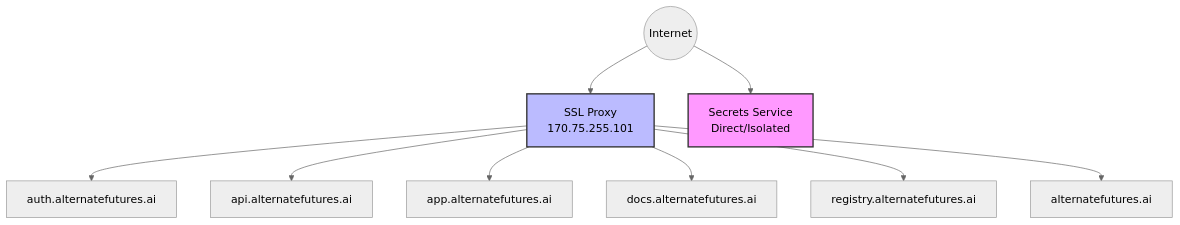
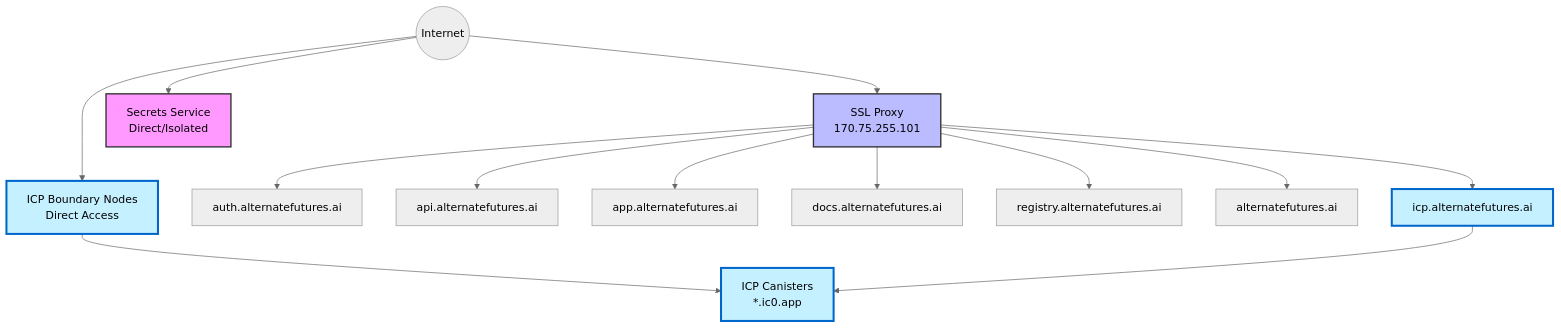
The sixth of 18 diagrams in TECHNICAL_ARCHITECTURE.md (alternatefutures/.github), drawn with Mermaid (neutral theme) before and after one commit. The commit also changed other lines of this file, not shown here.

First line of the commit message:
feat: integrate Internet Computer (ICP) into architecture

````diff
--- a/TECHNICAL_ARCHITECTURE.md
+++ b/TECHNICAL_ARCHITECTURE.md
@@ -512,17 +605,25 @@
 ```mermaid
 graph TB
     Internet((Internet))
     
     Internet --> Proxy[SSL Proxy<br/>170.75.255.101]
     Internet --> Secrets[Secrets Service<br/>Direct/Isolated]
+    Internet --> ICPBoundary[ICP Boundary Nodes<br/>Direct Access]
     
     Proxy --> Auth[auth.alternatefutures.ai]
     Proxy --> API[api.alternatefutures.ai]
     Proxy --> App[app.alternatefutures.ai]
     Proxy --> Docs[docs.alternatefutures.ai]
     Proxy --> Reg[registry.alternatefutures.ai]
     Proxy --> Web[alternatefutures.ai]
+    Proxy --> ICPGateway[icp.alternatefutures.ai]
+    
+    ICPBoundary --> ICPCanisters[ICP Canisters<br/>*.ic0.app]
+    ICPGateway --> ICPCanisters
     
     style Secrets fill:#f9f,stroke:#333,stroke-width:2px
     style Proxy fill:#bbf,stroke:#333,stroke-width:2px
+    style ICPBoundary fill:#c5f0ff,stroke:#0066cc,stroke-width:3px
+    style ICPCanisters fill:#c5f0ff,stroke:#0066cc,stroke-width:3px
+    style ICPGateway fill:#c5f0ff,stroke:#0066cc,stroke-width:3px
 ```
````
